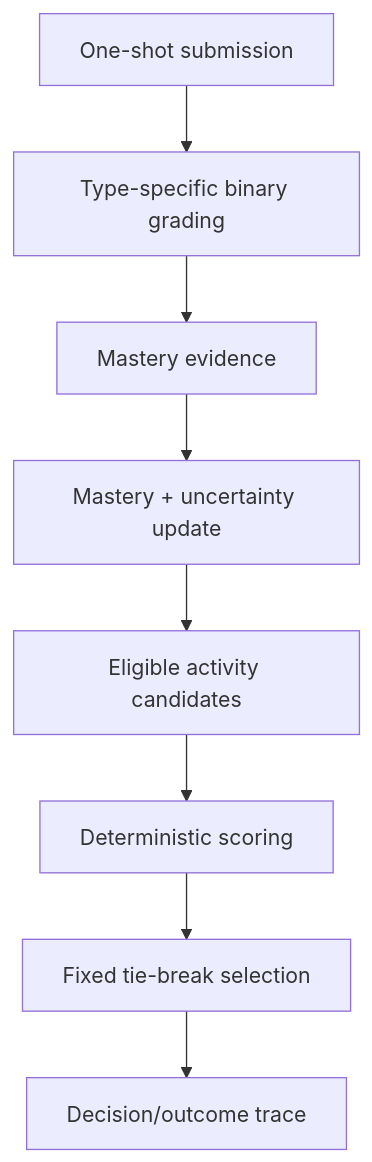
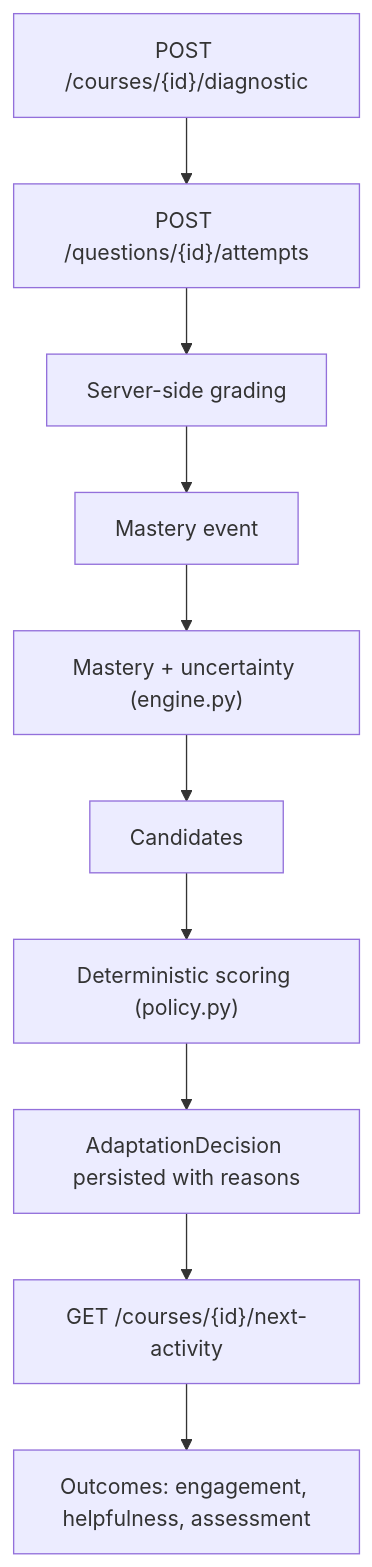
The fourth of 5 diagrams in architecture.md (HARSHHLEDWANI/NeuroAdaptive-test), drawn with Mermaid before and after one commit. The commit also changed other lines of this file, not shown here.

Commit message:
docs: rewrite architecture.md as built, keep frozen target as Part B

````diff
--- a/architecture.md
+++ b/architecture.md
@@ -173,10 +177,12 @@
 ```mermaid
 flowchart TD
-    Submit["One-shot submission"] --> Grade["Type-specific binary grading"]
-    Grade --> Evidence["Mastery evidence"]
-    Evidence --> State["Mastery + uncertainty update"]
-    State --> Candidates["Eligible activity candidates"]
-    Candidates --> Score["Deterministic scoring"]
-    Score --> Select["Fixed tie-break selection"]
-    Select --> Trace["Decision/outcome trace"]
+    D["POST /courses/{id}/diagnostic"] --> Ans["POST /questions/{id}/attempts"]
+    Ans --> Grade["Server-side grading"]
+    Grade --> Ev["Mastery event"]
+    Ev --> State["Mastery + uncertainty (engine.py)"]
+    State --> Cand["Candidates"]
+    Cand --> Score["Deterministic scoring (policy.py)"]
+    Score --> Dec["AdaptationDecision persisted with reasons"]
+    Dec --> Serve["GET /courses/{id}/next-activity"]
+    Serve --> Out["Outcomes: engagement, helpfulness, assessment"]
 ```
````
